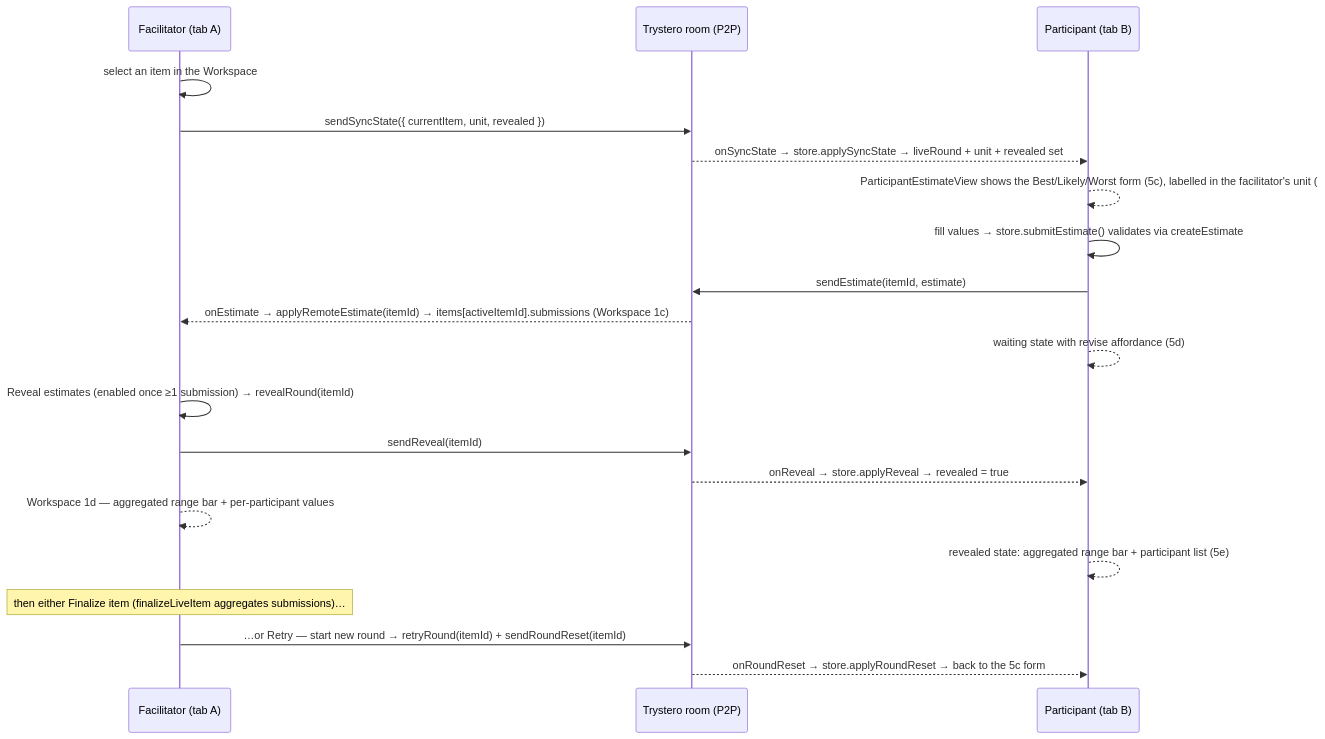
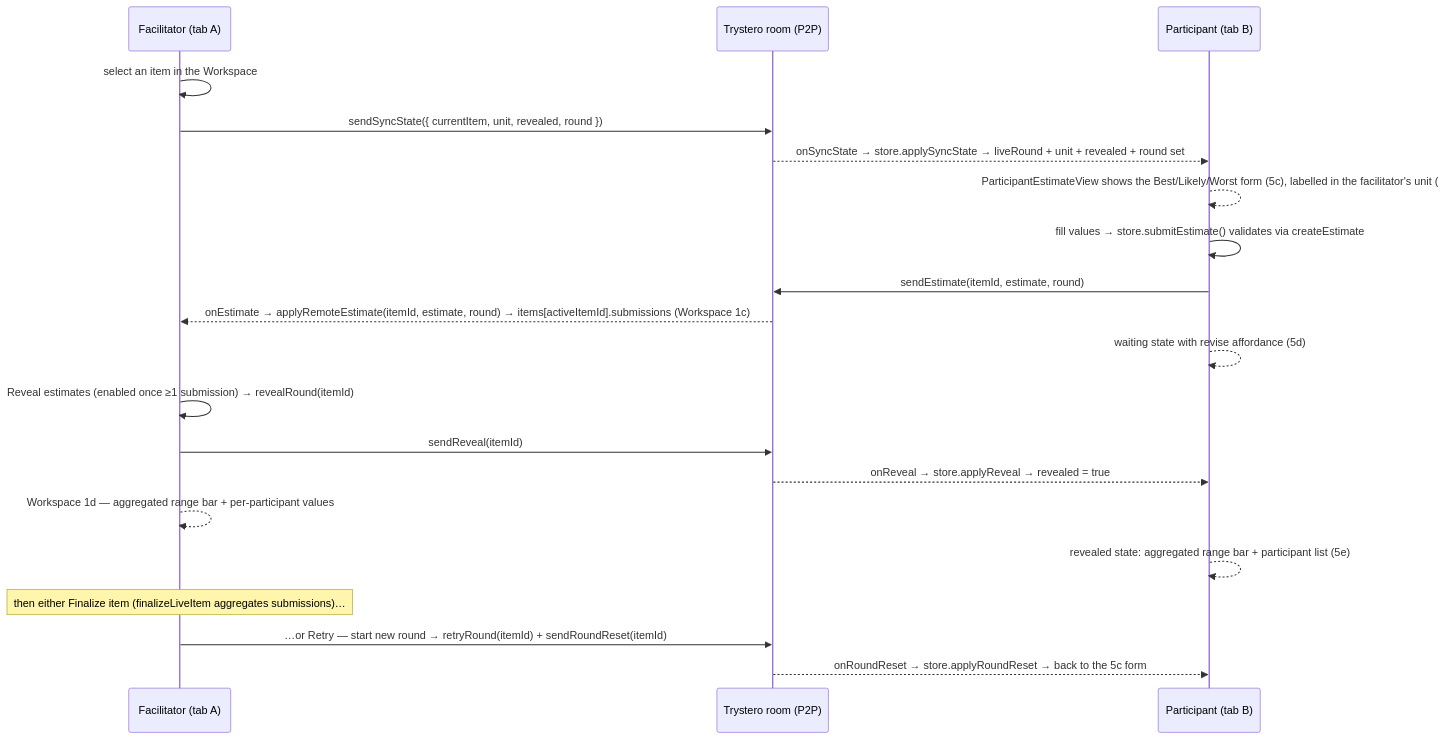
Before and after one commit to cfisch3r/estimate: the third of 7 diagrams in docs/concepts/collaboration-mode.md, drawn with Mermaid. The commit also changed other lines of this file and 19 other files, not shown here.

First line of the commit message:
Per-item round counter on the session snapshot (#65)

````diff
--- a/docs/concepts/collaboration-mode.md
+++ b/docs/concepts/collaboration-mode.md
@@ -154,23 +154,23 @@
 ```mermaid
 sequenceDiagram
   participant F as Facilitator (tab A)
   participant R as Trystero room (P2P)
   participant P as Participant (tab B)
 
   F->>F: select an item in the Workspace
-  F->>R: sendSyncState({ currentItem, unit, revealed })
-  R-->>P: onSyncState → store.applySyncState → liveRound + unit + revealed set
+  F->>R: sendSyncState({ currentItem, unit, revealed, round })
+  R-->>P: onSyncState → store.applySyncState → liveRound + unit + revealed + round set
   P-->>P: ParticipantEstimateView shows the Best/Likely/Worst form (5c), labelled in the facilitator's unit (#39)
   P->>P: fill values → store.submitEstimate() validates via createEstimate
-  P->>R: sendEstimate(itemId, estimate)
-  R-->>F: onEstimate → applyRemoteEstimate(itemId) → items[activeItemId].submissions (Workspace 1c)
+  P->>R: sendEstimate(itemId, estimate, round)
+  R-->>F: onEstimate → applyRemoteEstimate(itemId, estimate, round) → items[activeItemId].submissions (Workspace 1c)
   P-->>P: waiting state with revise affordance (5d)
   F->>F: Reveal estimates (enabled once ≥1 submission) → revealRound(itemId)
   F->>R: sendReveal(itemId)
   R-->>P: onReveal → store.applyReveal → revealed = true
   F-->>F: Workspace 1d — aggregated range bar + per-participant values
   P-->>P: revealed state: aggregated range bar + participant list (5e)
   Note over F: then either Finalize item (finalizeLiveItem aggregates submissions)…
   F->>R: …or Retry — start new round → retryRound(itemId) + sendRoundReset(itemId)
   R-->>P: onRoundReset → store.applyRoundReset → back to the 5c form
 ```
````
